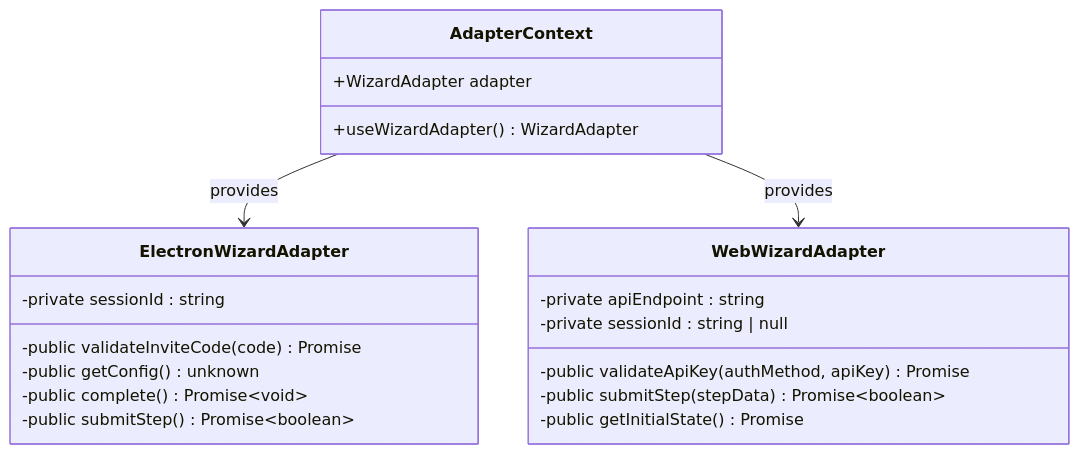
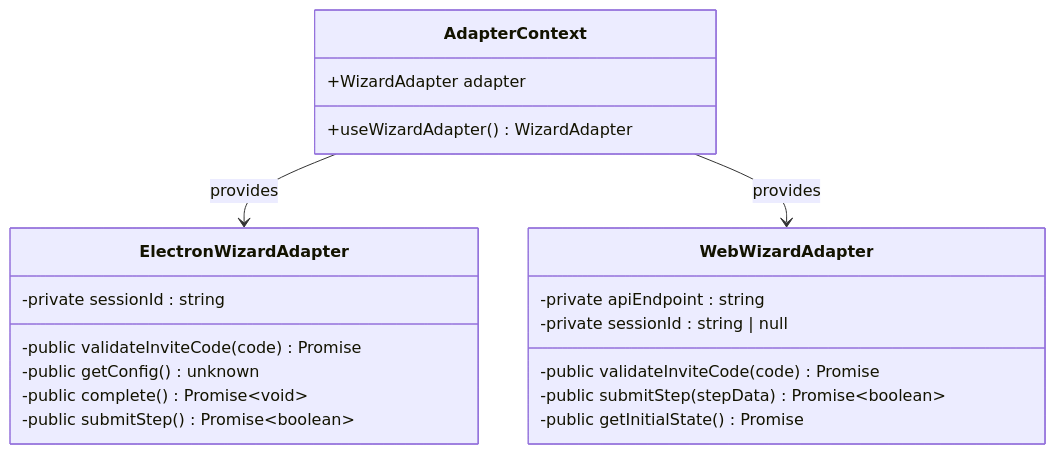
One commit to verse-ai-org/openclaw changed the eighth of 14 diagrams in .qoder/repowiki/zh/content/设置向导状态管理.md. Above: the diagram before and after it, drawn with Mermaid. The commit also changed other lines of this file and 7 other files, not shown here.

````diff
--- a/.qoder/repowiki/zh/content/设置向导状态管理.md
+++ b/.qoder/repowiki/zh/content/设置向导状态管理.md
@@ -320,23 +348,23 @@
 ```mermaid
 classDiagram
 class AdapterContext {
 +WizardAdapter adapter
 +useWizardAdapter() WizardAdapter
 }
 class ElectronWizardAdapter {
 -private sessionId : string
 -public validateInviteCode(code) Promise
 -public getConfig() unknown
 -public complete() Promise~void~
 -public submitStep() Promise~boolean~
 }
 class WebWizardAdapter {
 -private apiEndpoint : string
 -private sessionId : string | null
--public validateApiKey(authMethod, apiKey) Promise
+-public validateInviteCode(code) Promise
 -public submitStep(stepData) Promise~boolean~
 -public getInitialState() Promise
 }
 AdapterContext --> ElectronWizardAdapter : provides
 AdapterContext --> WebWizardAdapter : provides
 ```
````
